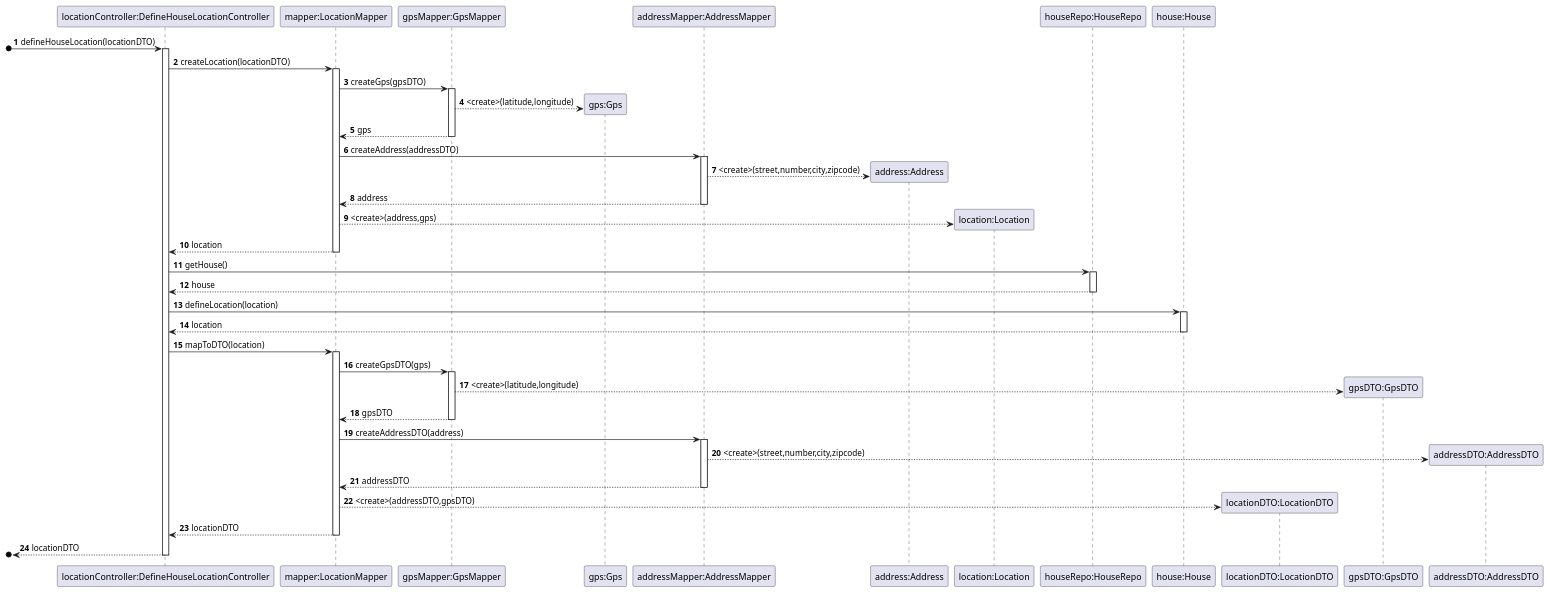
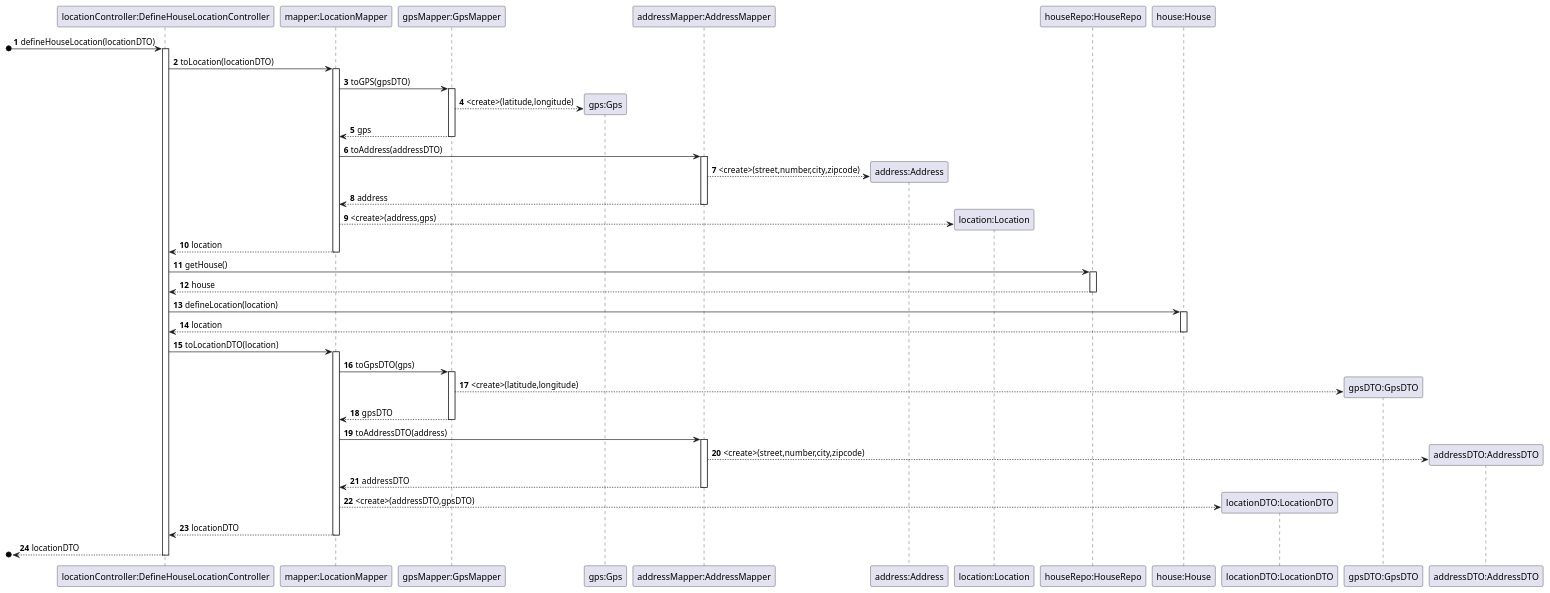
The diagram in docs/sequence/US001_DDD.puml (ozepedrorodrigues/projetoIntermedio), drawn with PlantUML before and after one commit. The commit also changed 1 other file, not shown here.

```diff
--- a/docs/sequence/US001_DDD.puml
+++ b/docs/sequence/US001_DDD.puml
@@ -1,63 +1,63 @@
 @startuml
 'https://plantuml.com/sequence-diagram
 
 autonumber
 
 participant "locationController:DefineHouseLocationController" as LC
 participant "mapper:LocationMapper" as M
 participant "gpsMapper:GpsMapper" as G
 participant "gps:Gps" as GPS
 participant "addressMapper:AddressMapper" as A
 participant "address:Address" as AD
 participant "location:Location" as L
 participant "houseRepo:HouseRepo" as HF
 participant "house:House" as H
 participant "locationDTO:LocationDTO" as DTO
 participant "gpsDTO:GpsDTO" as GPSDTO
 participant "addressDTO:AddressDTO" as ADTO
 
 [o-> LC : defineHouseLocation(locationDTO)
 
 activate LC
-LC->M : createLocation(locationDTO)
+LC->M : toLocation(locationDTO)
 activate M
-M->G : createGps(gpsDTO)
+M->G : toGPS(gpsDTO)
 activate G
 G-->GPS** : <create>(latitude,longitude)
 G-->M : gps
 deactivate G
-M->A : createAddress(addressDTO)
+M->A : toAddress(addressDTO)
 activate A
 A-->AD** : <create>(street,number,city,zipcode)
 A-->M : address
 deactivate A
 M-->L** : <create>(address,gps)
 M-->LC : location
 deactivate M
 LC->HF : getHouse()
 activate HF
 HF-->LC : house
 deactivate HF
 LC->H : defineLocation(location)
 activate H
 H-->LC : location
 deactivate H
-LC -> M : mapToDTO(location)
+LC -> M : toLocationDTO(location)
 activate M
-M->G : createGpsDTO(gps)
+M->G : toGpsDTO(gps)
 activate G
 G-->GPSDTO** : <create>(latitude,longitude)
 G-->M : gpsDTO
 deactivate G
-M->A : createAddressDTO(address)
+M->A : toAddressDTO(address)
 activate A
 A-->ADTO** : <create>(street,number,city,zipcode)
 A-->M : addressDTO
 deactivate A
 M-->DTO** : <create>(addressDTO,gpsDTO)
 M-->LC : locationDTO
 deactivate M
 [o<-- LC : locationDTO
 deactivate LC
 
 @enduml
```
